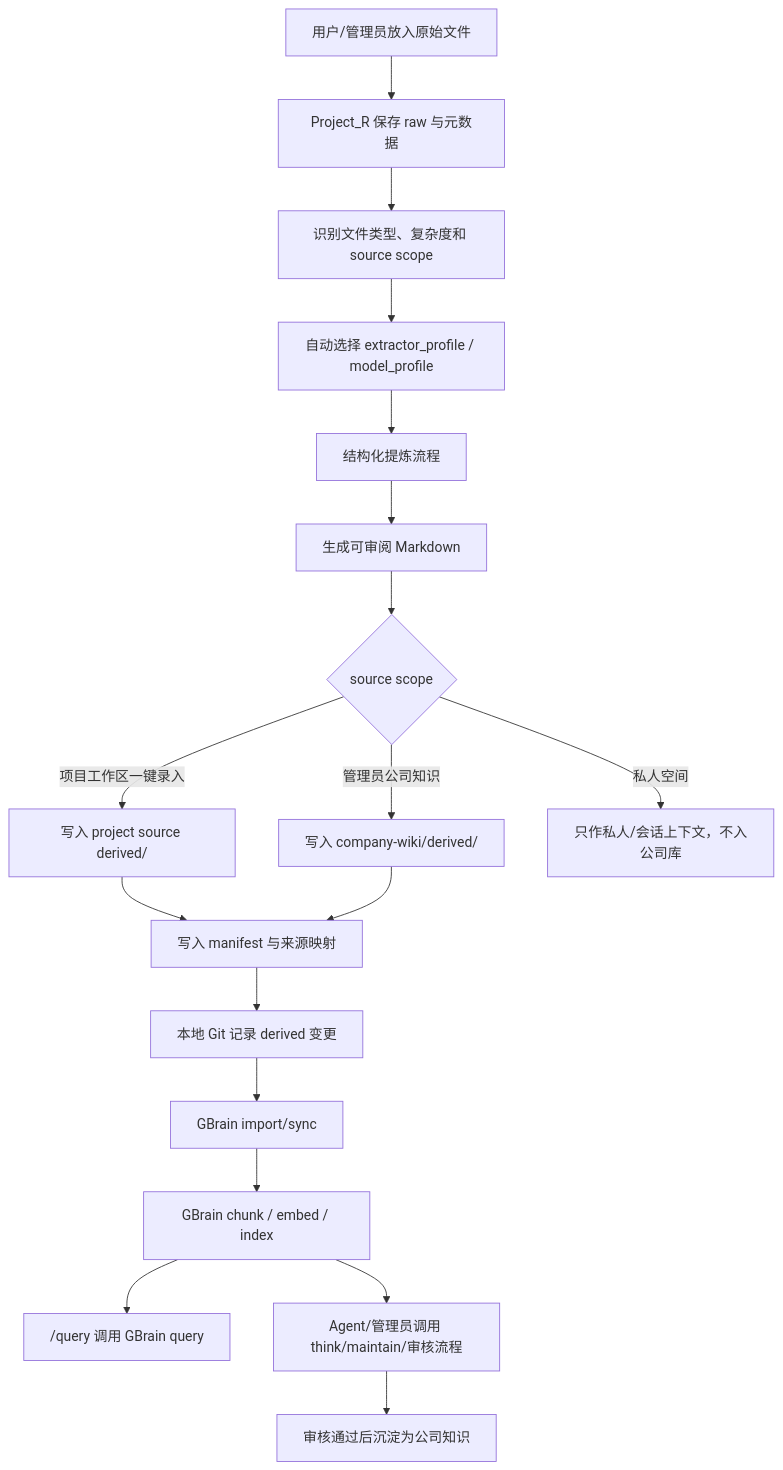
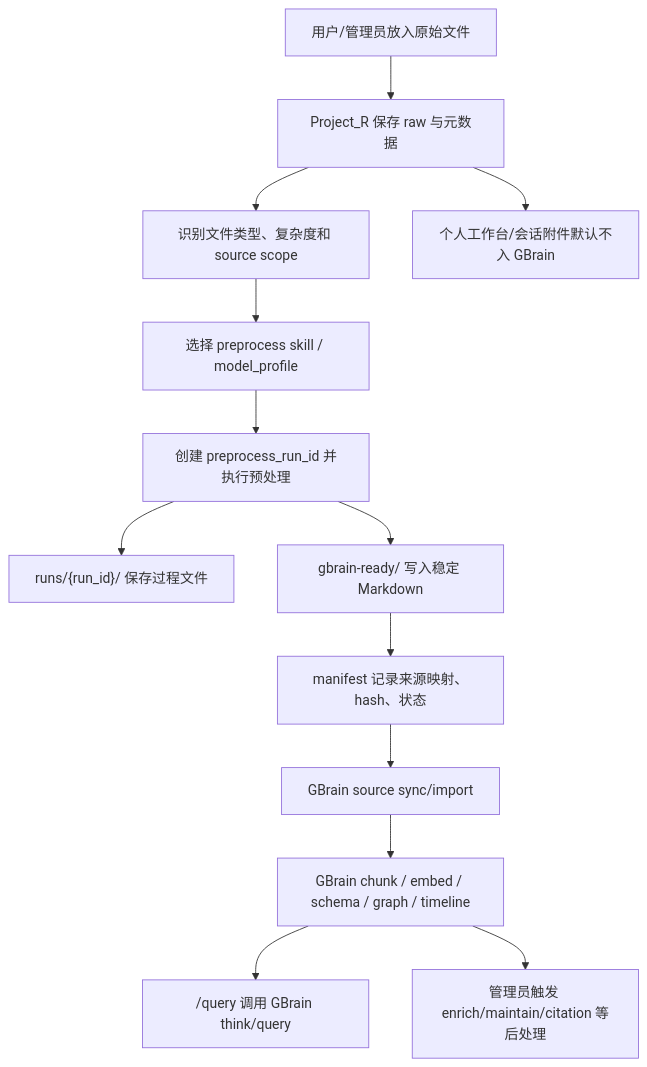
The diagram in docs/gbrain-ingest-workflow.md (Gary0920/Project_R), drawn with Mermaid before and after one commit. The commit also changed other lines of this file and 73 other files, not shown here.

````diff
--- a/docs/gbrain-ingest-workflow.md
+++ b/docs/gbrain-ingest-workflow.md
@@ -66,20 +95,15 @@
 ```mermaid
 flowchart TD
   A["用户/管理员放入原始文件"] --> B["Project_R 保存 raw 与元数据"]
   B --> C["识别文件类型、复杂度和 source scope"]
-  C --> R0["自动选择 extractor_profile / model_profile"]
-  R0 --> D["结构化提炼流程"]
-  D --> E["生成可审阅 Markdown"]
-  E --> R{"source scope"}
-  R -->|"管理员公司知识"| F["写入 company-wiki/derived/"]
-  R -->|"项目工作区一键录入"| FP["写入 project source derived/"]
-  R -->|"私人空间"| X["只作私人/会话上下文，不入公司库"]
-  FP --> G
-  F --> G["写入 manifest 与来源映射"]
-  G --> H["本地 Git 记录 derived 变更"]
-  H --> M["GBrain import/sync"]
-  M --> I["GBrain chunk / embed / index"]
-  I --> J["/query 调用 GBrain query"]
-  I --> K["Agent/管理员调用 think/maintain/审核流程"]
-  K --> L["审核通过后沉淀为公司知识"]
+  C --> R0["选择 preprocess skill / model_profile"]
+  R0 --> D["创建 preprocess_run_id 并执行预处理"]
+  D --> P["runs/{run_id}/ 保存过程文件"]
+  D --> E["gbrain-ready/ 写入稳定 Markdown"]
+  E --> G["manifest 记录来源映射、hash、状态"]
+  G --> M["GBrain source sync/import"]
+  M --> I["GBrain chunk / embed / schema / graph / timeline"]
+  I --> J["/query 调用 GBrain think/query"]
+  I --> K["管理员触发 enrich/maintain/citation 等后处理"]
+  B --> X["个人工作台/会话附件默认不入 GBrain"]
 ```
````
